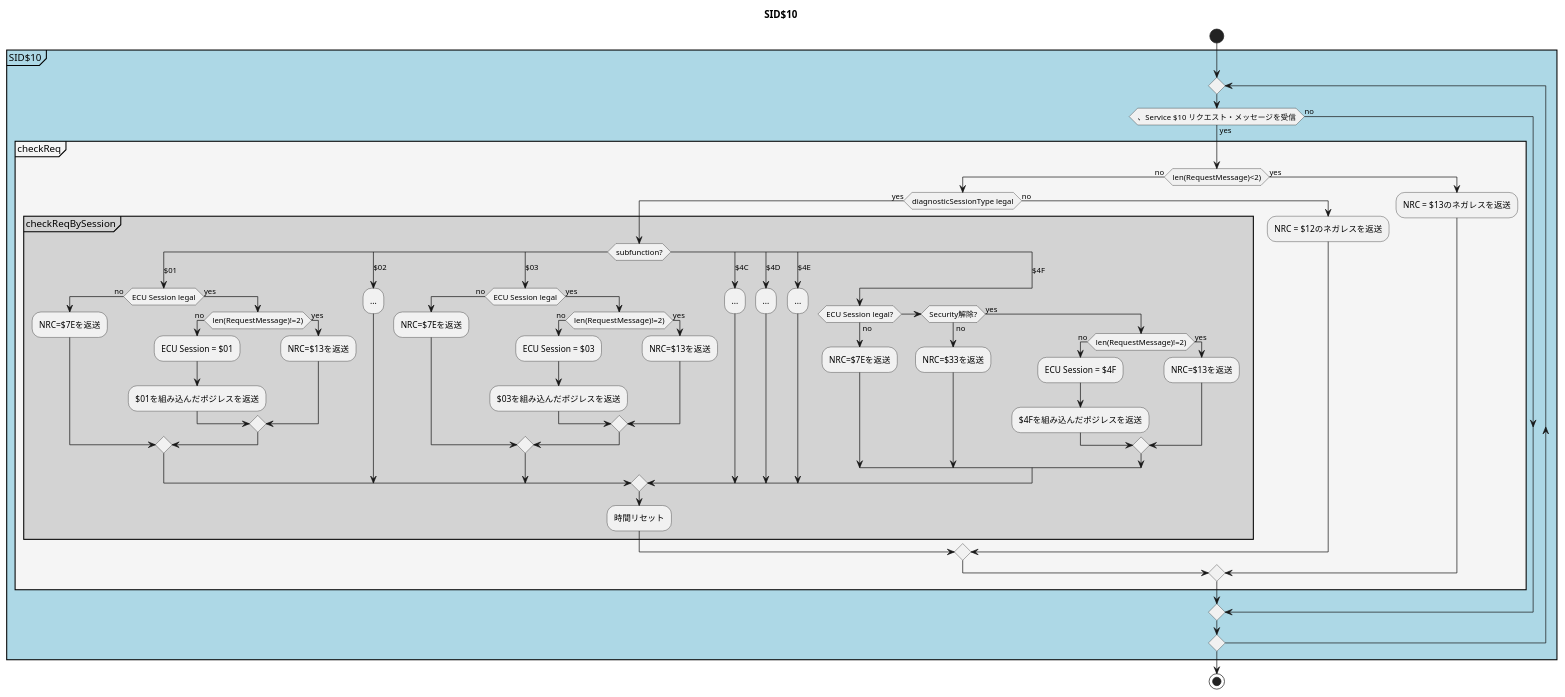
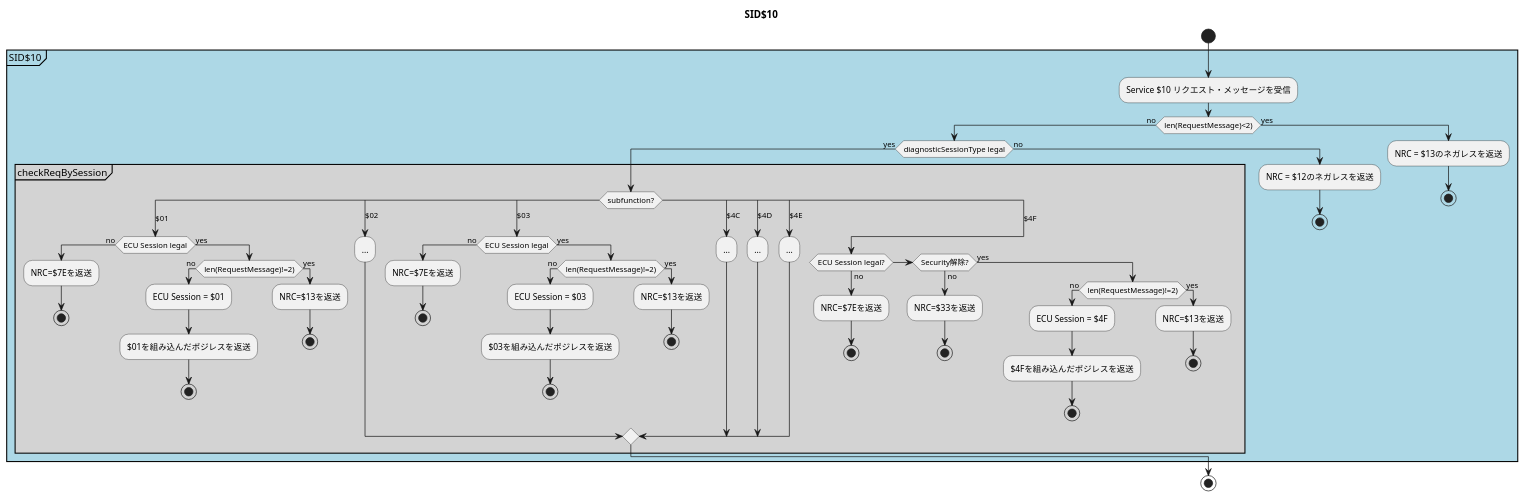
The diagram in UML/SID$10.puml (JiaxiaoH/ecu-simulator), drawn with PlantUML before and after one commit.

```diff
--- a/UML/SID$10.puml
+++ b/UML/SID$10.puml
@@ -1,76 +1,75 @@
 @startuml SID$10
 title SID$10
 start
-
-
     partition SID$10 #LightBlue{
-    repeat
-    if (、Service $10 リクエスト・メッセージを受信) then (yes)
-
-      partition checkReq #WhiteSmoke{
-
+    :Service $10 リクエスト・メッセージを受信;
         if (len(RequestMessage)<2)) then (no) 
             if (diagnosticSessionType legal) then (yes)
                 partition checkReqBySession #LightGray{
                     switch(subfunction?)
                         case($01)
                             if(ECU Session legal) then (no)
                                 :NRC=$7Eを返送;
+                                stop
                             else(yes)
                                 if(len(RequestMessage)!=2)) then (no)
                                     :ECU Session = $01;
                                     :$01を組み込んだポジレスを返送;
+                                    stop
                                 else(yes)
                                     :NRC=$13を返送; 
+                                    stop
                                 endif
                             endif 
                         case($02)
                             :...;
                         case($03)
                             if(ECU Session legal) then (no)
                                 :NRC=$7Eを返送;
+                                stop
                             else(yes)
                                 if(len(RequestMessage)!=2)) then (no)
                                     :ECU Session = $03;
                                     :$03を組み込んだポジレスを返送;
+                                    stop
                                 else(yes)
                                     :NRC=$13を返送; 
+                                    stop
                                 endif
                             endif 
                         case($4C)
                             :...;
                         case($4D)
                             :...;
                         case($4E)
                             :...;
                         case($4F)
                             if(ECU Session legal?) then (no)
                                 :NRC=$7Eを返送;
+                                stop
                             elseif(Security解除?) then (no)
                                 :NRC=$33を返送;
+                                stop
                             else(yes)
                                 if(len(RequestMessage)!=2)) then (no)
                                     :ECU Session = $4F;
                                     :$4Fを組み込んだポジレスを返送;
+                                    stop
                                 else(yes)
                                     :NRC=$13を返送; 
+                                    stop
                                 endif
                             endif 
                         endswitch
-                        :時間リセット;
                 }
             else(no)
                 :NRC = $12のネガレスを返送;
+                stop
             endif
         else (yes)
             :NRC = $13のネガレスを返送;
+            stop
         endif
-      }
-
-    else (no)
-
-    endif
-    repeat while()
     }
 stop
 @enduml
```
